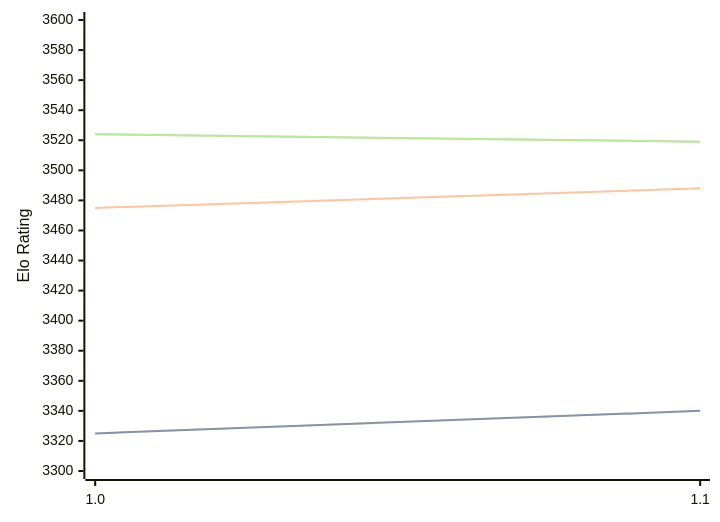
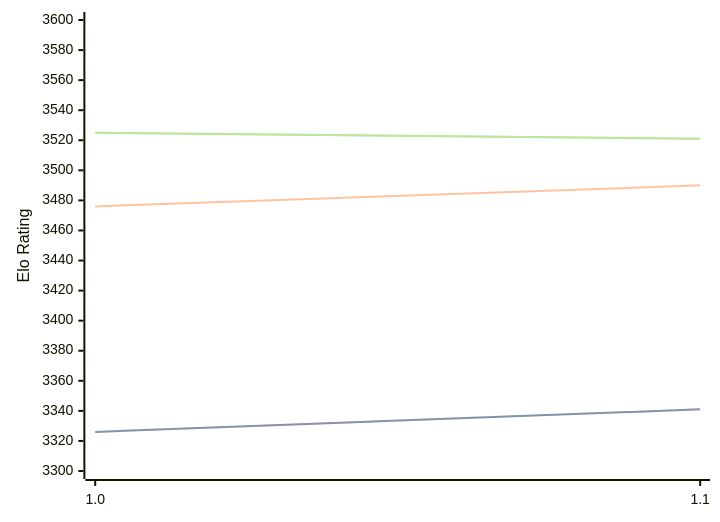
One commit to computer-chess-index/cci changed the diagram in engines/Horsie.md. Above: the diagram before and after it, drawn with Mermaid. The commit also changed other lines of this file, not shown here.

Commit message:
Update CCI Ratings (ELO VLTC) - 2026-08-09

````diff
--- a/engines/Horsie.md
+++ b/engines/Horsie.md
@@ -32,11 +32,11 @@
 ```mermaid
 %%{init: {"theme":"base","themeVariables":{"seriesColors:['#a3a3a3','#222221','#faa371']}}}%%
 xychart-beta
   x-axis ["1.0", "1.1"]
   y-axis "Elo Rating" 3300 --> 3600
-  line "STC (8.0+0.08s)" [3325, 3340]
-  line "STC (8.0+0.08s)" [3325, 3340]
-  line "LTC (60.0+0.60s)" [3475, 3488]
-  line "VLTC (2m24s+1.12s)" [3524, 3519]
-  line "VLTC (2m24s+1.12s)" [3524, 3519]
+  line "STC (8.0+0.08s)" [3326, 3341]
+  line "STC (8.0+0.08s)" [3326, 3341]
+  line "LTC (60.0+0.60s)" [3476, 3490]
+  line "VLTC (2m24s+1.12s)" [3525, 3521]
+  line "VLTC (2m24s+1.12s)" [3525, 3521]
 ```
````
